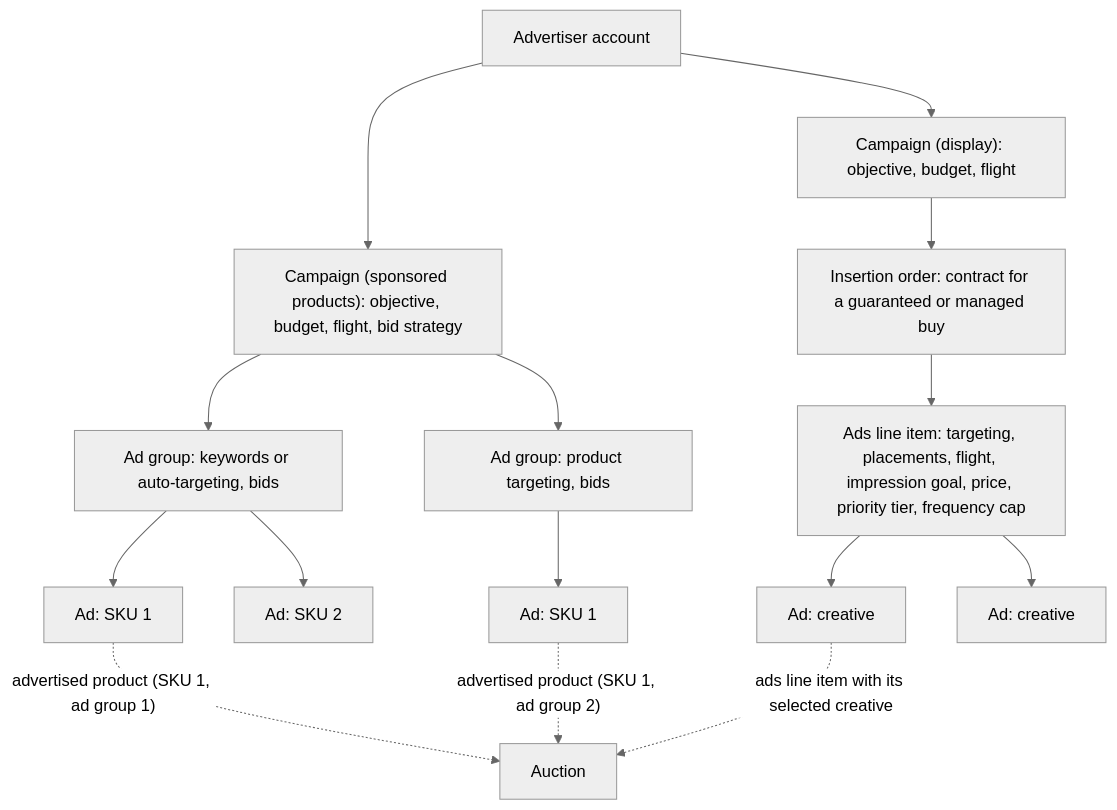
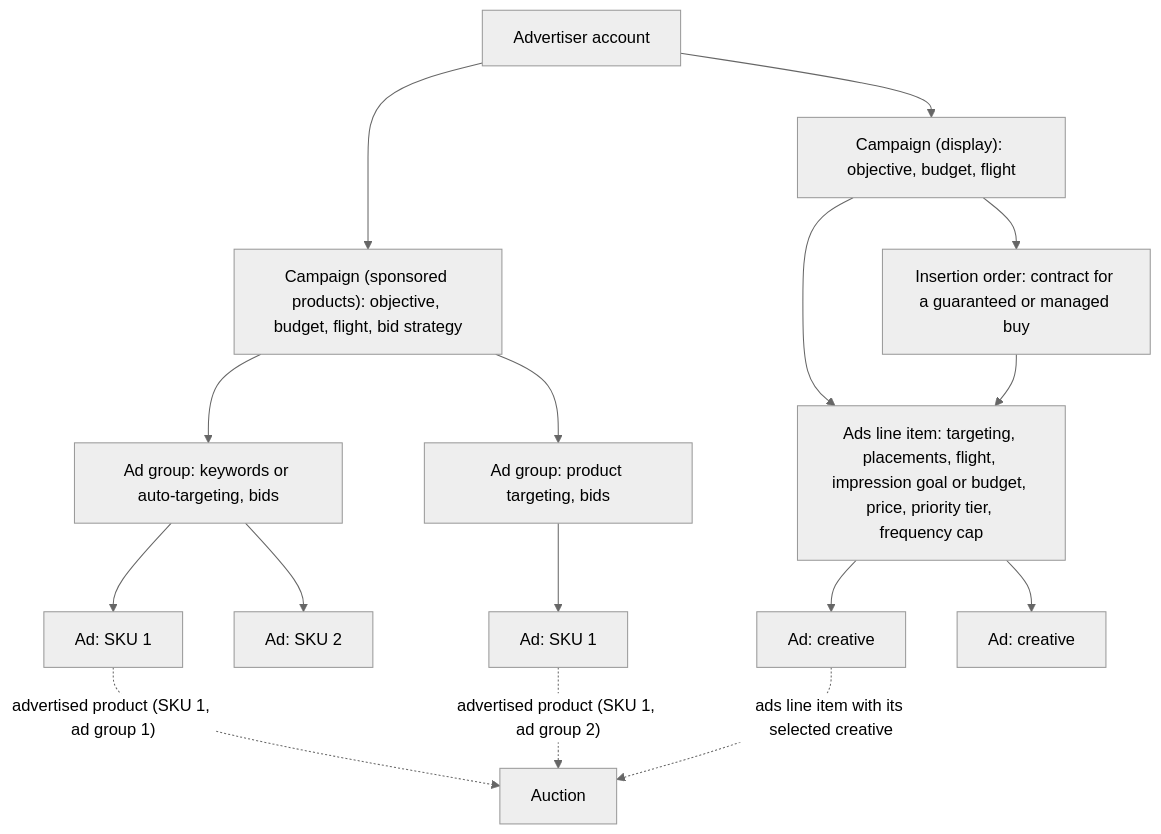
The first of 3 diagrams in content/ch02_rmn_domain_and_system_map.md (thunderbird2009/book_rmn), drawn with Mermaid (neutral theme) before and after one commit. The commit also changed other lines of this file and 3 other files, not shown here.

````diff
--- a/content/ch02_rmn_domain_and_system_map.md
+++ b/content/ch02_rmn_domain_and_system_map.md
@@ -165,17 +69,18 @@
 ```mermaid
 flowchart TB
   ADV["Advertiser account"] --> C1["Campaign (sponsored products): objective, budget, flight, bid strategy"]
   ADV --> C2["Campaign (display): objective, budget, flight"]
   C1 --> AG1["Ad group: keywords or auto-targeting, bids"]
   C1 --> AG2["Ad group: product targeting, bids"]
   AG1 --> A1["Ad: SKU 1"]
   AG1 --> A2["Ad: SKU 2"]
   AG2 --> A3["Ad: SKU 1"]
+  C2 --> LI["Ads line item: targeting, placements, flight, impression goal or budget, price, priority tier, frequency cap"]
   C2 --> IO["Insertion order: contract for a guaranteed or managed buy"]
-  IO --> LI["Ads line item: targeting, placements, flight, impression goal, price, priority tier, frequency cap"]
+  IO --> LI
   LI --> CR1["Ad: creative"]
   LI --> CR2["Ad: creative"]
   A1 -.->|"advertised product (SKU 1, ad group 1)"| AU["Auction"]
   A3 -.->|"advertised product (SKU 1, ad group 2)"| AU
   CR1 -.->|"ads line item with its selected creative"| AU
 ```
````
